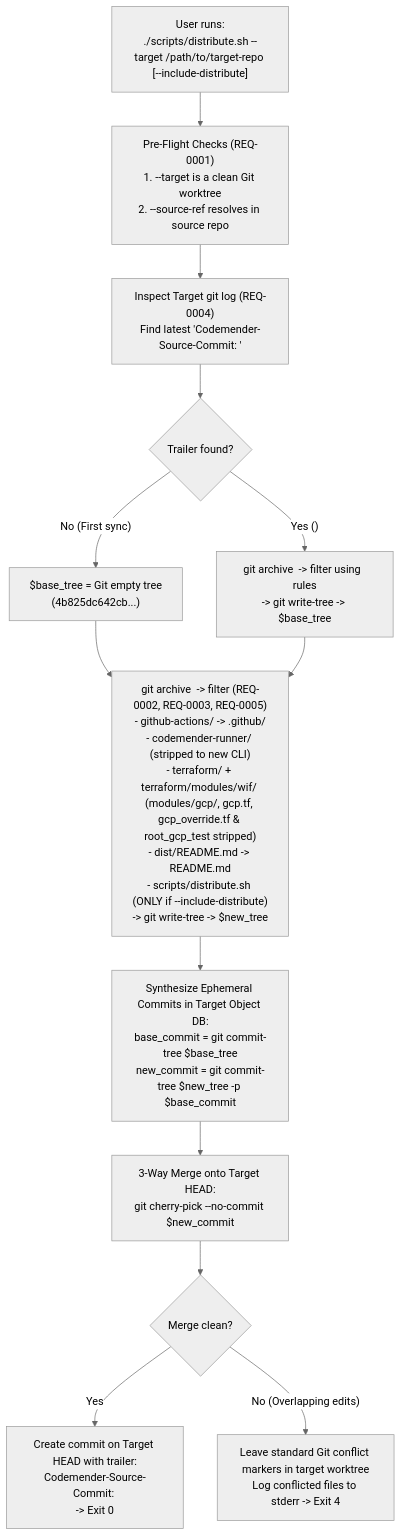
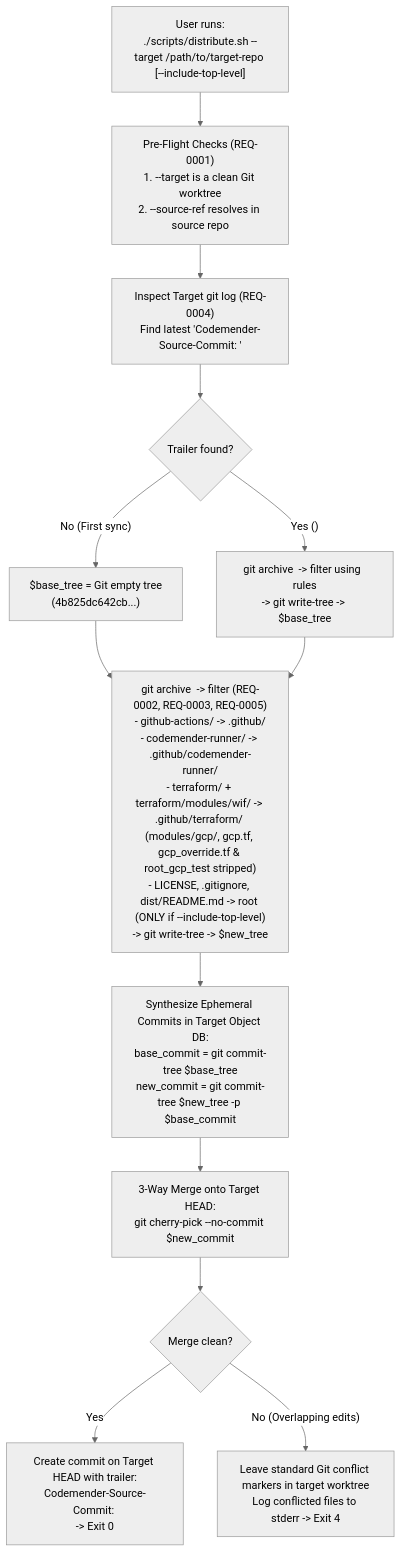
Before and after one commit to avnit/codemender-runner-mcp: the first of 2 diagrams in docs/openspec/specs/distribute/design.md, drawn with Mermaid (neutral theme). The commit also changed other lines of this file and 21 other files, not shown here.

First line of the commit message:
feat(dist): implement scripts/distribute.sh customer repo sync (SPEC-DIST) (#38)

````diff
--- a/docs/openspec/specs/distribute/design.md
+++ b/docs/openspec/specs/distribute/design.md
@@ -241,40 +244,39 @@
 ```mermaid
 flowchart TD
     start["User runs:
-./scripts/distribute.sh --target /path/to/target-repo [--include-distribute]"]
+./scripts/distribute.sh --target /path/to/target-repo [--include-top-level]"]
     preflight["Pre-Flight Checks (REQ-0001)
 1. --target is a clean Git worktree
 2. --source-ref resolves in source repo"]
     trailer["Inspect Target git log (REQ-0004)
 Find latest 'Codemender-Source-Commit: <prev_sha>'"]
     hasTrailer{"Trailer found?"}
     emptyBase["$base_tree = Git empty tree
 (4b825dc642cb...)"]
     stageBase["git archive <prev_sha> -> filter using <prev_sha> rules
 -> git write-tree -> $base_tree"]
     stageNew["git archive <source_ref> -> filter (REQ-0002, REQ-0003, REQ-0005)
 - github-actions/ -> .github/
-- codemender-runner/ (stripped to new CLI)
-- terraform/ + terraform/modules/wif/ (modules/gcp/, gcp.tf, gcp_override.tf & root_gcp_test stripped)
-- dist/README.md -> README.md
-- scripts/distribute.sh (ONLY if --include-distribute)
+- codemender-runner/ -> .github/codemender-runner/
+- terraform/ + terraform/modules/wif/ -> .github/terraform/ (modules/gcp/, gcp.tf, gcp_override.tf & root_gcp_test stripped)
+- LICENSE, .gitignore, dist/README.md -> root (ONLY if --include-top-level)
 -> git write-tree -> $new_tree"]
     synth["Synthesize Ephemeral Commits in Target Object DB:
 base_commit = git commit-tree $base_tree
 new_commit = git commit-tree $new_tree -p $base_commit"]
     merge["3-Way Merge onto Target HEAD:
 git cherry-pick --no-commit $new_commit"]
     conflict{"Merge clean?"}
     done["Create commit on Target HEAD with trailer:
 Codemender-Source-Commit: <source_sha>
 -> Exit 0"]
     exit4["Leave standard Git conflict markers in target worktree
 Log conflicted files to stderr -> Exit 4"]
 
     start --> preflight --> trailer --> hasTrailer
     hasTrailer -->|"No (First sync)"| emptyBase --> stageNew
     hasTrailer -->|"Yes (<prev_sha>)"| stageBase --> stageNew
     stageNew --> synth --> merge --> conflict
     conflict -->|"Yes"| done
     conflict -->|"No (Overlapping edits)"| exit4
 ```
````
